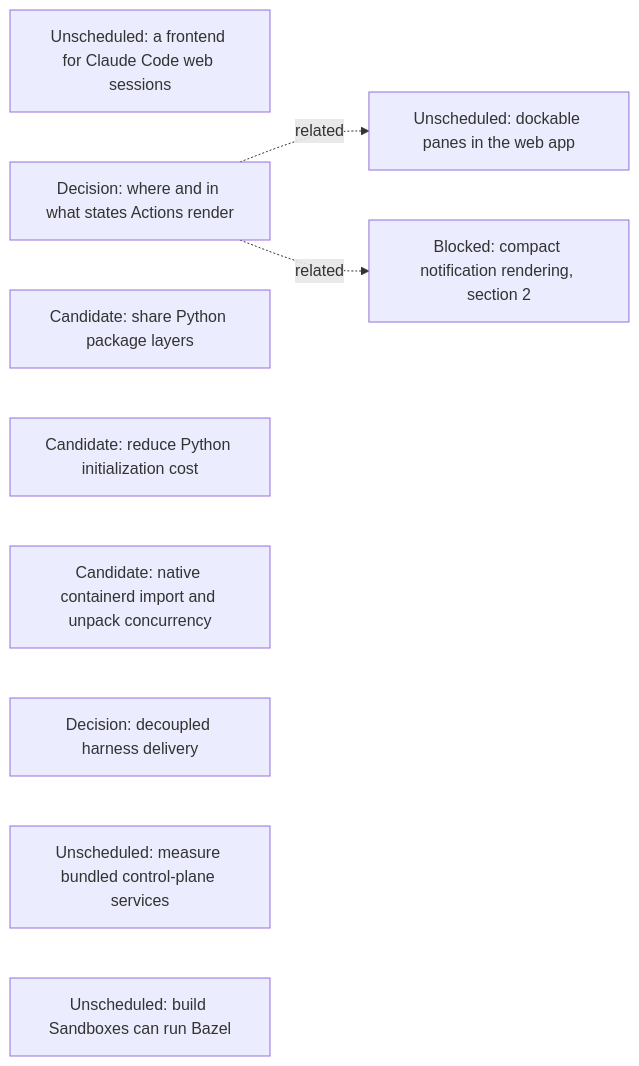
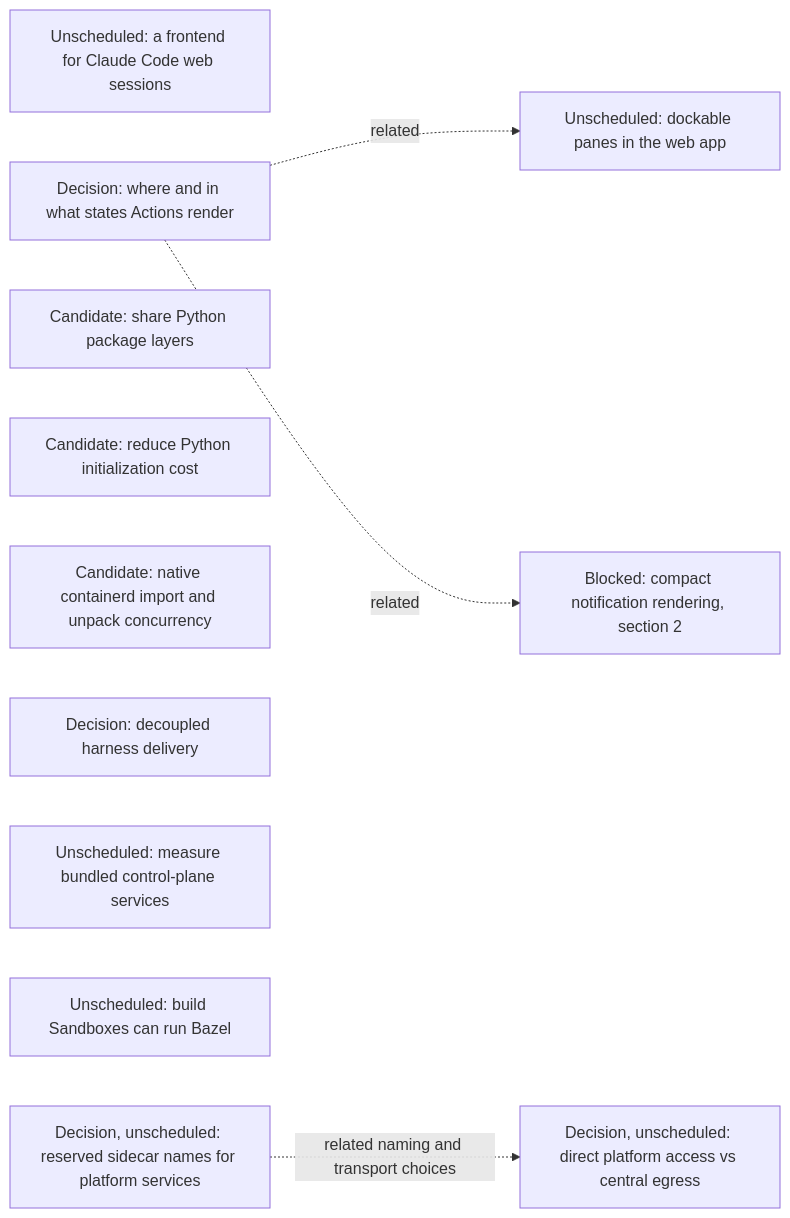
The seventh of 16 diagrams in agentplane/plans/task_dag.md (agentydragon-agent/ducktape), drawn with Mermaid before and after one commit. The commit also changed other lines of this file, not shown here.

First line of the commit message:
agentplane: plan stable platform names and routing options (#10838)

````diff
--- a/agentplane/plans/task_dag.md
+++ b/agentplane/plans/task_dag.md
@@ -794,15 +794,18 @@
 ```mermaid
 flowchart LR
     CLAUDE_CODE_WEB_BRIDGE[Unscheduled: a frontend for Claude Code web sessions]
     ACTION_SURFACES_DESIGN[Decision: where and in what states Actions render]
     K3S_SHARED_PACKAGE_LAYERS[Candidate: share Python package layers]
     K3S_PYTHON_INITIALIZATION[Candidate: reduce Python initialization cost]
     K3S_IMPORT_CONCURRENCY[Candidate: native containerd import and unpack concurrency]
     RUNNER_HARNESS_DELIVERY_DESIGN[Decision: decoupled harness delivery]
     K3S_BUNDLED_SERVICES_SPIKE[Unscheduled: measure bundled control-plane services]
     DOCKABLE_PANES[Unscheduled: dockable panes in the web app]
     ACTION_SURFACES_DESIGN -. related .-> DOCKABLE_PANES
     NOTIFICATION_PRESENTATION[Blocked: compact notification rendering, section 2]
     ACTION_SURFACES_DESIGN -. related .-> NOTIFICATION_PRESENTATION
     BUILD_BOX_BAZEL[Unscheduled: build Sandboxes can run Bazel]
+    PLATFORM_SERVICE_NAMES_DESIGN[Decision, unscheduled: reserved sidecar names for platform services]
+    PLATFORM_SERVICE_ROUTING_DESIGN[Decision, unscheduled: direct platform access vs central egress]
+    PLATFORM_SERVICE_NAMES_DESIGN -. related naming and transport choices .-> PLATFORM_SERVICE_ROUTING_DESIGN
 ```
````
